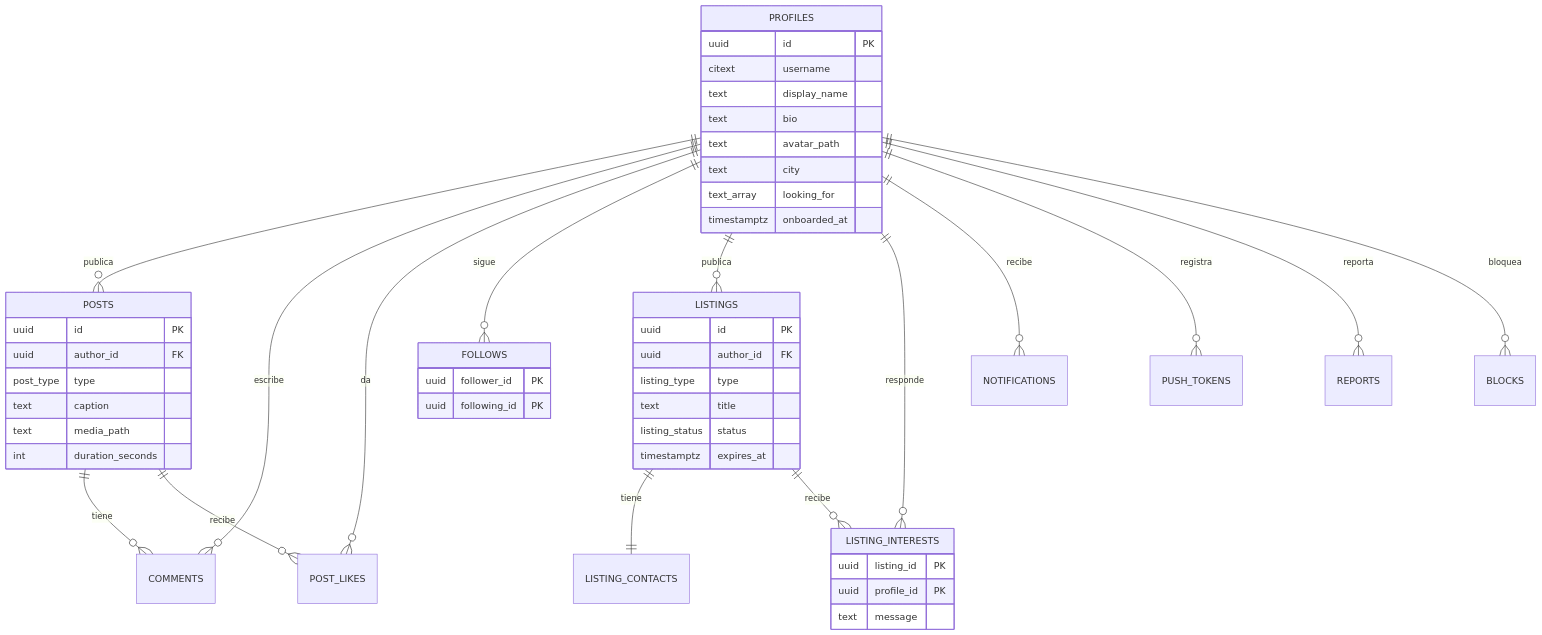
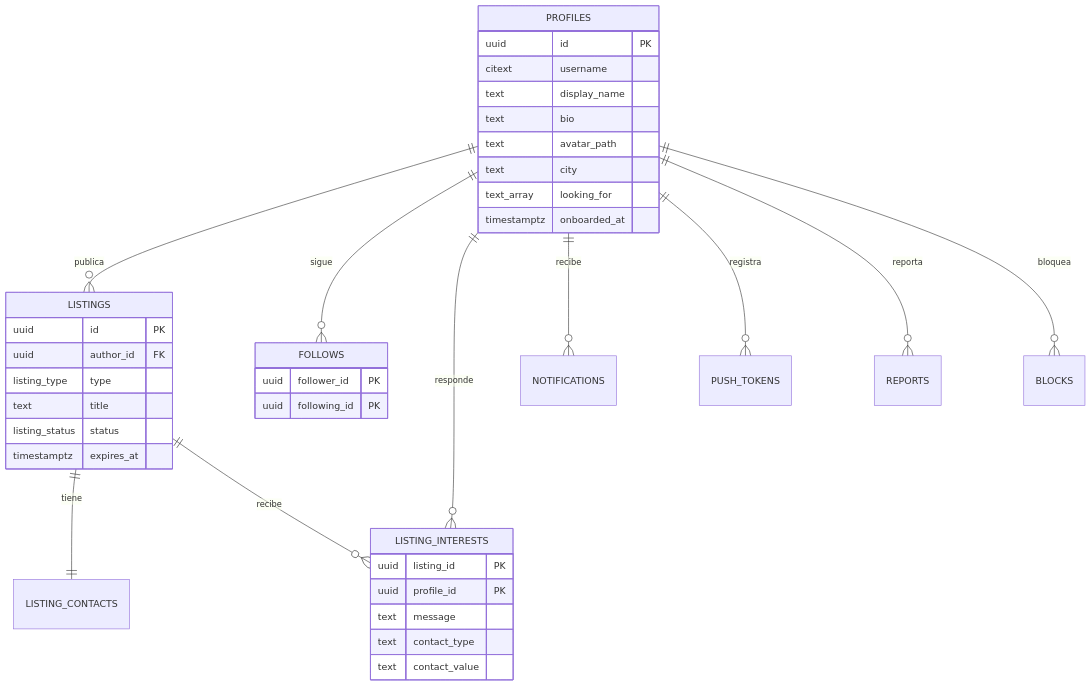
One commit to santioliveros/musicate-app changed the diagram in docs/03-modelo-de-datos.md. Above: the diagram before and after it, drawn with Mermaid. The commit also changed other lines of this file and 18 other files, not shown here.

````diff
--- a/docs/03-modelo-de-datos.md
+++ b/docs/03-modelo-de-datos.md
@@ -17,53 +18,42 @@
 ```mermaid
 erDiagram
-  PROFILES ||--o{ POSTS : publica
-  PROFILES ||--o{ COMMENTS : escribe
-  PROFILES ||--o{ POST_LIKES : da
+  PROFILES ||--o{ LISTINGS : publica
   PROFILES ||--o{ FOLLOWS : sigue
-  PROFILES ||--o{ LISTINGS : publica
   PROFILES ||--o{ LISTING_INTERESTS : responde
   PROFILES ||--o{ NOTIFICATIONS : recibe
   PROFILES ||--o{ PUSH_TOKENS : registra
   PROFILES ||--o{ REPORTS : reporta
   PROFILES ||--o{ BLOCKS : bloquea
-  POSTS ||--o{ COMMENTS : tiene
-  POSTS ||--o{ POST_LIKES : recibe
   LISTINGS ||--|| LISTING_CONTACTS : tiene
   LISTINGS ||--o{ LISTING_INTERESTS : recibe
 
   PROFILES {
     uuid id PK
     citext username
     text display_name
     text bio
     text avatar_path
     text city
     text_array looking_for
     timestamptz onboarded_at
-  }
-  POSTS {
-    uuid id PK
-    uuid author_id FK
-    post_type type
-    text caption
-    text media_path
-    int duration_seconds
   }
   LISTINGS {
     uuid id PK
     uuid author_id FK
     listing_type type
     text title
     listing_status status
     timestamptz expires_at
   }
   FOLLOWS {
     uuid follower_id PK
     uuid following_id PK
   }
   LISTING_INTERESTS {
     uuid listing_id PK
     uuid profile_id PK
     text message
+    text contact_type
+    text contact_value
   }
 ```
````
